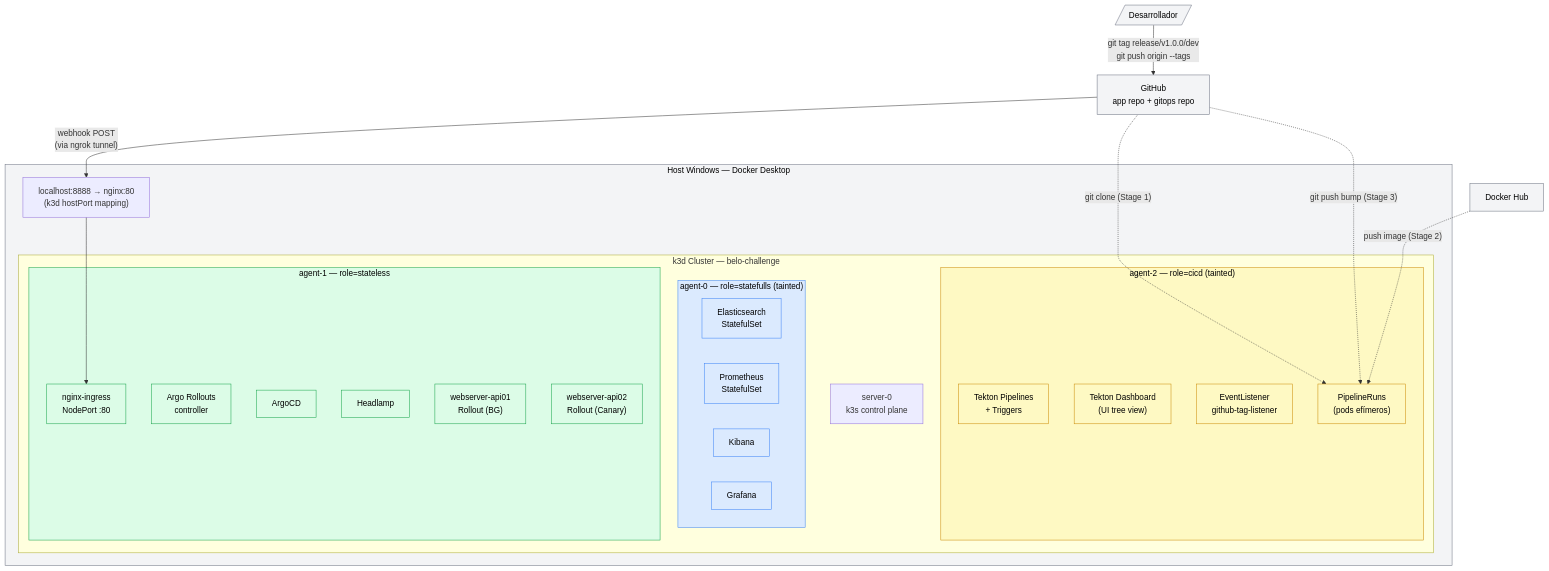
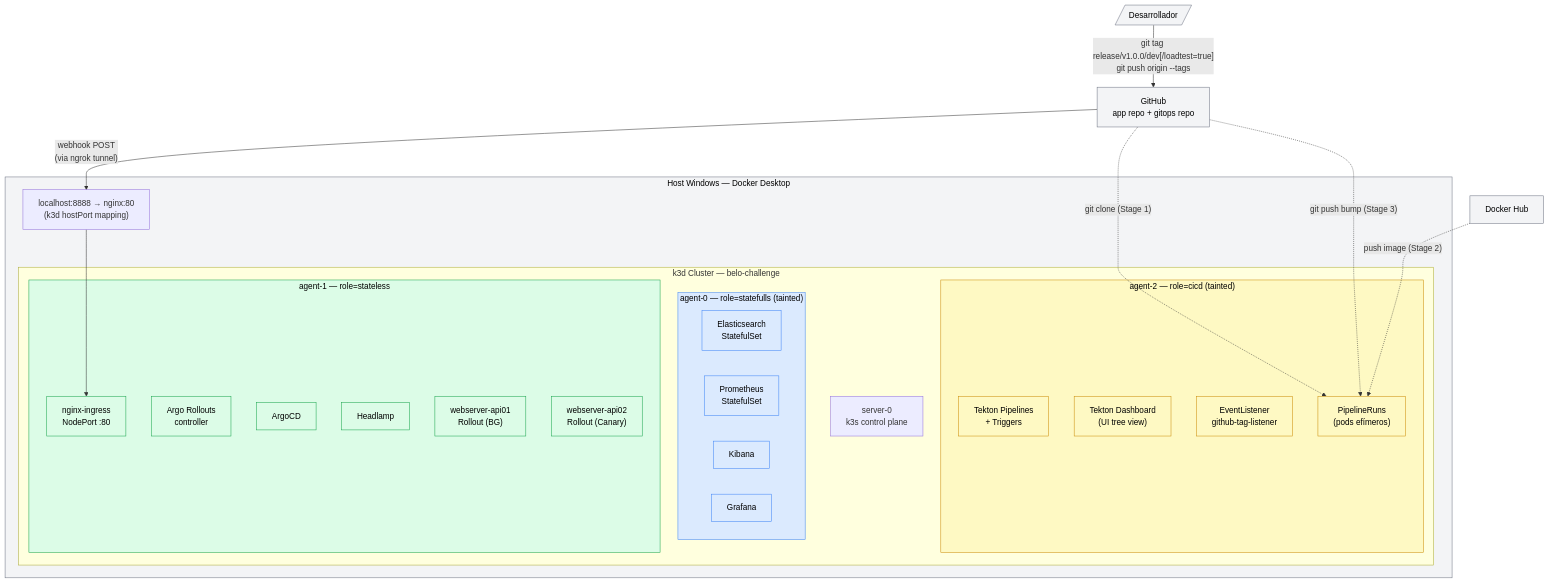
One commit to Valentino-33/belo-infrabase-k3d changed the first of 4 diagrams in docs/architecture.md. Above: the diagram before and after it, drawn with Mermaid. The commit also changed other lines of this file and 10 other files, not shown here.

First line of the commit message:
docs: documentar el flag loadtest del tag de release

````diff
--- a/docs/architecture.md
+++ b/docs/architecture.md
@@ -9,55 +9,55 @@
 ```mermaid
 flowchart TB
     Dev[/Desarrollador/]
     GH[GitHub<br/>app repo + gitops repo]
     DH[Docker Hub]
 
-    Dev -->|"git tag release/v1.0.0/dev<br/>git push origin --tags"| GH
+    Dev -->|"git tag release/v1.0.0/dev[/loadtest=true]<br/>git push origin --tags"| GH
 
     subgraph HOST["Host Windows — Docker Desktop"]
         PORT["localhost:8888 → nginx:80<br/>(k3d hostPort mapping)"]
 
         subgraph K3D["k3d Cluster — belo-challenge"]
             SRV["server-0<br/>k3s control plane"]
 
             subgraph AG0["agent-0 — role=statefulls (tainted)"]
                 ES["Elasticsearch<br/>StatefulSet"]
                 PR["Prometheus<br/>StatefulSet"]
                 KB["Kibana"]
                 GR["Grafana"]
             end
 
             subgraph AG1["agent-1 — role=stateless"]
                 NGX["nginx-ingress<br/>NodePort :80"]
                 AR["Argo Rollouts<br/>controller"]
                 AC["ArgoCD"]
                 HL["Headlamp"]
                 API01["webserver-api01<br/>Rollout (BG)"]
                 API02["webserver-api02<br/>Rollout (Canary)"]
             end
 
             subgraph AG2["agent-2 — role=cicd (tainted)"]
                 TK["Tekton Pipelines<br/>+ Triggers"]
                 TD["Tekton Dashboard<br/>(UI tree view)"]
                 EL["EventListener<br/>github-tag-listener"]
                 PR_RUNS["PipelineRuns<br/>(pods efímeros)"]
             end
         end
     end
 
     PORT --> NGX
     GH -->|"webhook POST<br/>(via ngrok tunnel)"| PORT
     GH -.->|"git clone (Stage 1)"| PR_RUNS
     DH -.->|"push image (Stage 2)"| PR_RUNS
     GH -.->|"git push bump (Stage 3)"| PR_RUNS
 
     classDef statefulls fill:#dbeafe,stroke:#3b82f6,color:#000
     classDef stateless fill:#dcfce7,stroke:#16a34a,color:#000
     classDef cicd fill:#fef9c3,stroke:#ca8a04,color:#000
     classDef external fill:#f3f4f6,stroke:#6b7280,color:#000
 
     class AG0,ES,PR,KB,GR statefulls
     class AG1,NGX,AR,AC,HL,API01,API02 stateless
     class AG2,TK,TD,EL,PR_RUNS cicd
     class Dev,GH,DH,HOST external
 ```
````
